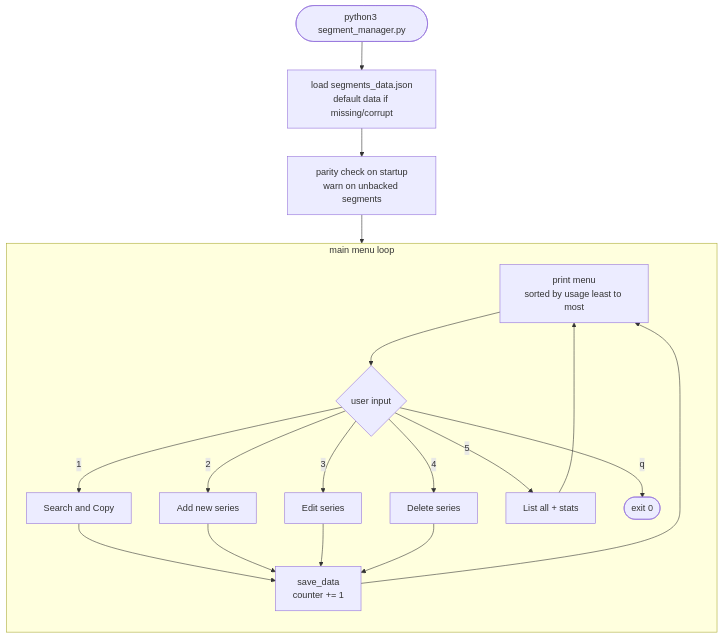
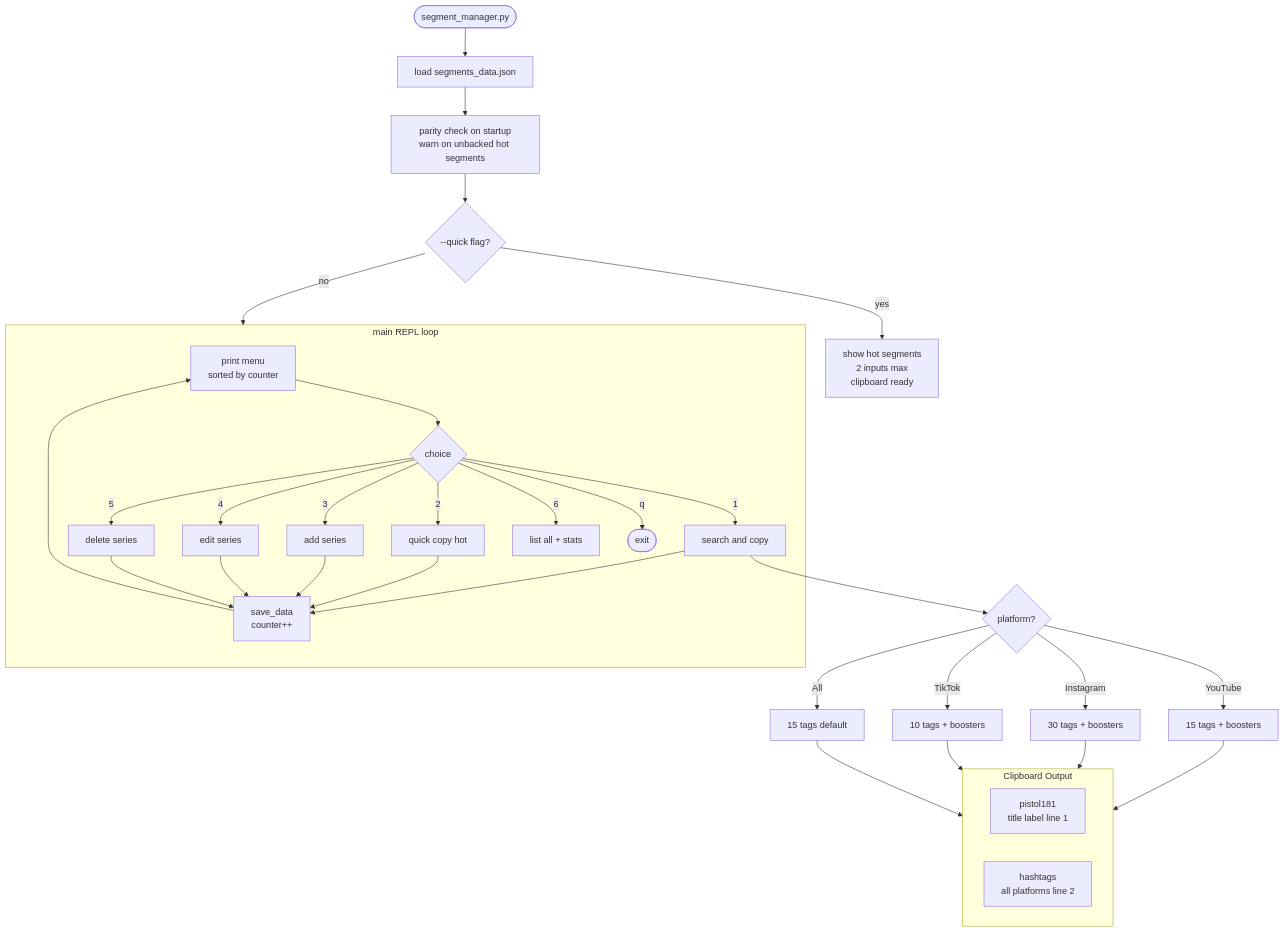
One commit to SamuelDixxon/termux-backup changed the fifth of 8 diagrams in README.md. Above: the diagram before and after it, drawn with Mermaid. The commit also changed other lines of this file, not shown here.

````diff
--- a/README.md
+++ b/README.md
@@ -339,23 +272,40 @@
 ```mermaid
 flowchart TD
-    START2([python3 segment_manager.py]) --> LOAD2[load segments_data.json\ndefault data if missing/corrupt]
-    LOAD2 --> PCHECK[parity check on startup\nwarn on unbacked segments]
-    PCHECK --> MENU
+    LAUNCH2([segment_manager.py]) --> LOAD[load segments_data.json]
+    LOAD --> PCHECK[parity check on startup
+warn on unbacked hot segments]
+    PCHECK --> QMODE{--quick flag?}
+    QMODE -->|yes| QUICK[show hot segments
+2 inputs max
+clipboard ready]
+    QMODE -->|no| MENU
 
-    subgraph MENU [main menu loop]
-        direction TB
-        M0[print menu\nsorted by usage least to most] --> INPUT{user input}
-        INPUT -->|1| SEARCH[Search and Copy]
-        INPUT -->|2| ADD[Add new series]
-        INPUT -->|3| EDIT[Edit series]
-        INPUT -->|4| DELETE[Delete series]
-        INPUT -->|5| LIST[List all + stats]
-        INPUT -->|q| QUIT([exit 0])
-        SEARCH --> SAVE[save_data\ncounter += 1]
-        ADD --> SAVE
-        EDIT --> SAVE
-        DELETE --> SAVE
+    subgraph MENU [main REPL loop]
+        M0[print menu
+sorted by counter] --> INPUT{choice}
+        INPUT -->|1| SEARCH[search and copy]
+        INPUT -->|2| QUICK2[quick copy hot]
+        INPUT -->|3| ADD[add series]
+        INPUT -->|4| EDIT[edit series]
+        INPUT -->|5| DELETE[delete series]
+        INPUT -->|6| LIST[list all + stats]
+        INPUT -->|q| QUIT([exit])
+        SEARCH & QUICK2 & ADD & EDIT & DELETE --> SAVE[save_data
+counter++]
         SAVE --> M0
-        LIST --> M0
     end
+
+    subgraph CLIP [Clipboard Output]
+        CL1[pistol181
+title label line 1]
+        CL2[hashtags
+all platforms line 2]
+    end
+
+    SEARCH --> PLAT{platform?}
+    PLAT -->|YouTube| YT[15 tags + boosters]
+    PLAT -->|Instagram| IG[30 tags + boosters]
+    PLAT -->|TikTok| TT[10 tags + boosters]
+    PLAT -->|All| ALL2[15 tags default]
+    YT & IG & TT & ALL2 --> CLIP
 ```
````
